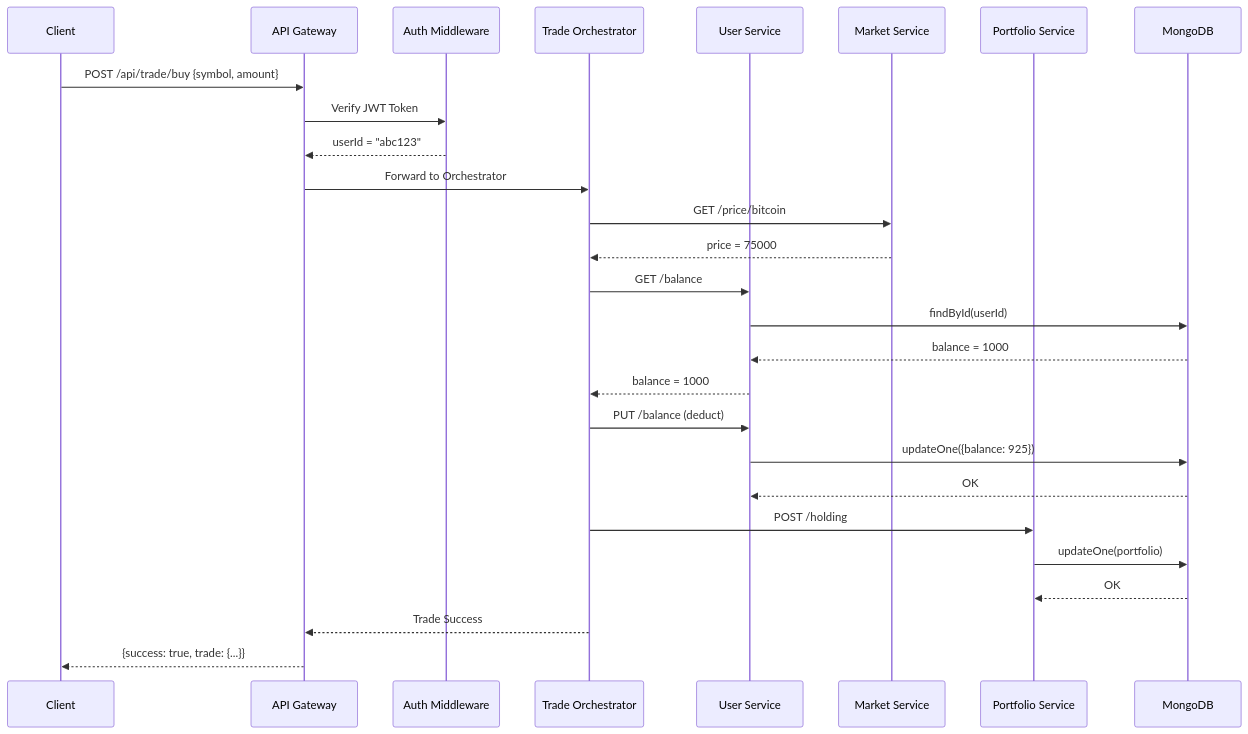
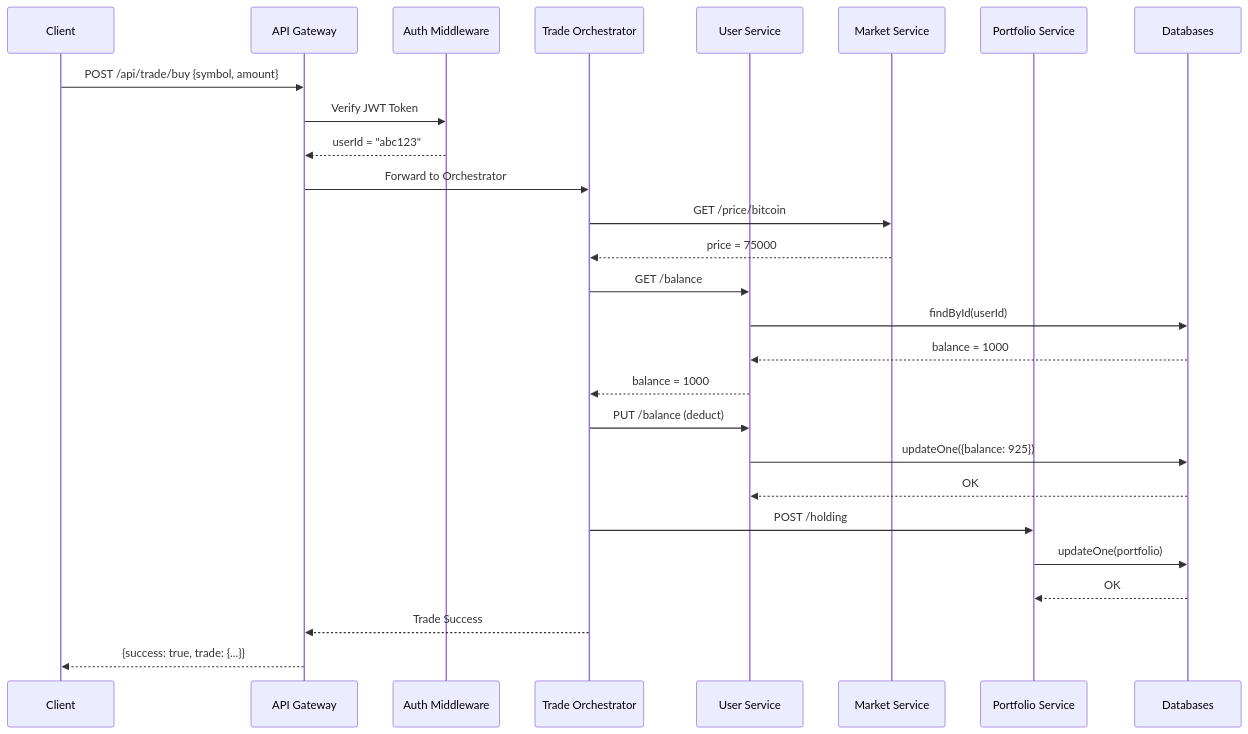
One commit to doanthetin193/CryptoTradingSOA changed diagram 28 of 31 in docs/BAO_CAO_KIEN_TRUC_HUONG_DICH_VU.md. Above: the diagram before and after it, drawn with Mermaid. The commit also changed other lines of this file and 7 other files, not shown here.

````diff
--- a/docs/BAO_CAO_KIEN_TRUC_HUONG_DICH_VU.md
+++ b/docs/BAO_CAO_KIEN_TRUC_HUONG_DICH_VU.md
@@ -1581,35 +1595,35 @@
 ```mermaid
 sequenceDiagram
     participant C as Client
     participant GW as API Gateway
     participant Auth as Auth Middleware
     participant Orch as Trade Orchestrator
     participant US as User Service
     participant MS as Market Service
     participant PS as Portfolio Service
-    participant DB as MongoDB
+    participant DB as Databases
     
     C->>GW: POST /api/trade/buy {symbol, amount}
     GW->>Auth: Verify JWT Token
     Auth-->>GW: userId = "abc123"
     GW->>Orch: Forward to Orchestrator
     
     Orch->>MS: GET /price/bitcoin
     MS-->>Orch: price = 75000
     
     Orch->>US: GET /balance
     US->>DB: findById(userId)
     DB-->>US: balance = 1000
     US-->>Orch: balance = 1000
     
     Orch->>US: PUT /balance (deduct)
     US->>DB: updateOne({balance: 925})
     DB-->>US: OK
     
     Orch->>PS: POST /holding
     PS->>DB: updateOne(portfolio)
     DB-->>PS: OK
     
     Orch-->>GW: Trade Success
     GW-->>C: {success: true, trade: {...}}
 ```
````
